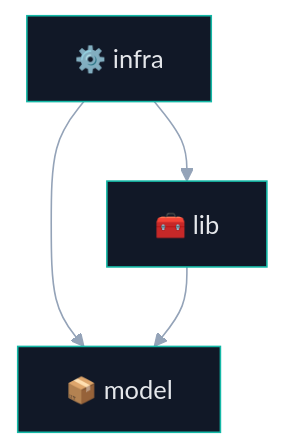
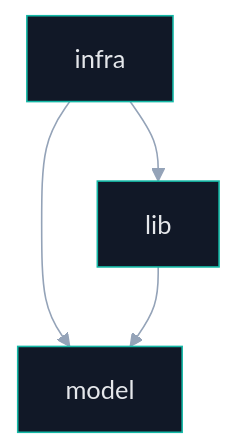
Before and after one commit to matheusdiamantino-betalent/IA: the fourth of 11 diagrams in README.md, drawn with Mermaid. The commit also changed other lines of this file, not shown here.

````diff
--- a/README.md
+++ b/README.md
@@ -859,20 +744,20 @@
 ```mermaid
 %%{init: {
   "theme": "base",
   "themeVariables": {
     "background": "#0b1220",
     "primaryColor": "#111827",
     "primaryTextColor": "#e5e7eb",
     "primaryBorderColor": "#14b8a6",
     "secondaryColor": "#0f172a",
     "secondaryTextColor": "#e5e7eb",
     "tertiaryColor": "#111827",
     "tertiaryTextColor": "#e5e7eb",
     "lineColor": "#94a3b8"
   }
 }}%%
 flowchart TD
-    infra["⚙️ infra"] --> model["📦 model"]
-    infra --> lib["🧰 lib"]
+    infra["infra"] --> model["model"]
+    infra --> lib["lib"]
     lib --> model
 ```
````
